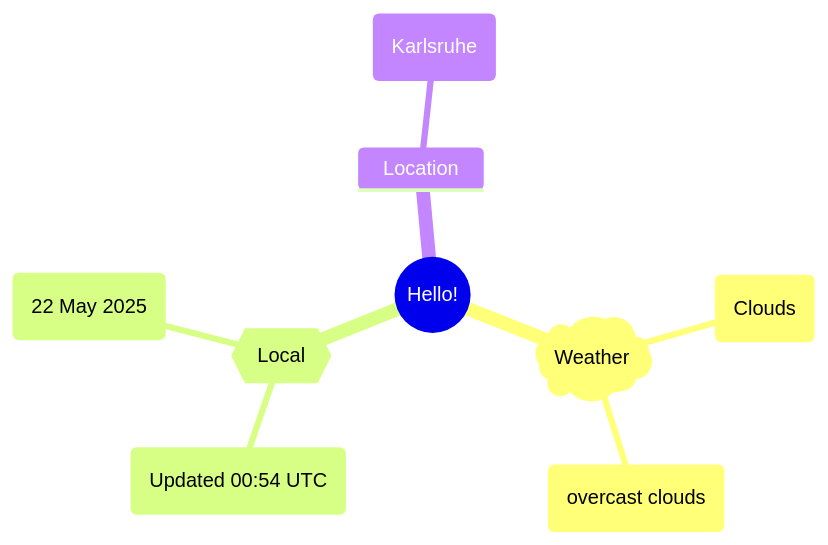
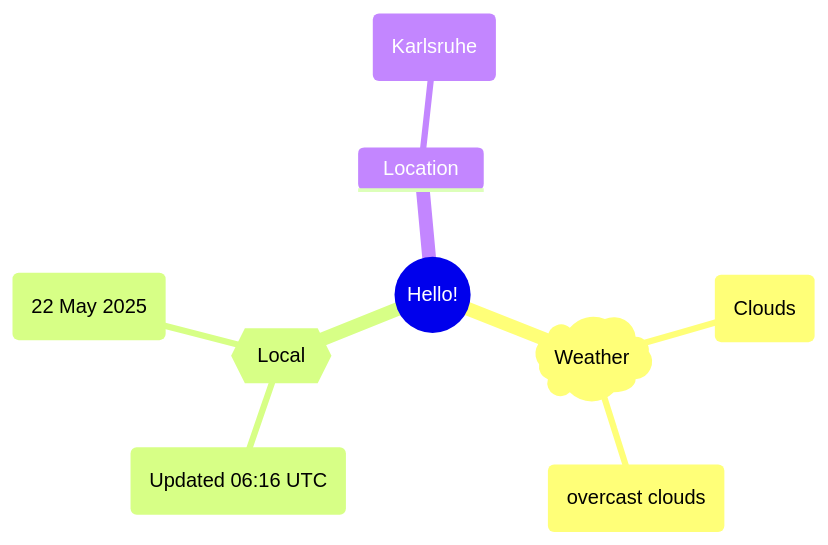
Before and after one commit to Xosrov/Xosrov: the first of 2 diagrams in README.md, drawn with Mermaid.

Commit message:
[bot] updated images

````diff
--- a/README.md
+++ b/README.md
@@ -3,12 +3,12 @@
 ```mermaid
 mindmap
   root((Hello!))
     )Weather(
         (Clouds)
         (overcast clouds)
     {{Local}}
-        (Updated 00:54 UTC)
+        (Updated 06:16 UTC)
         (22 May 2025)
     Location
         (Karlsruhe)
 ```
````
